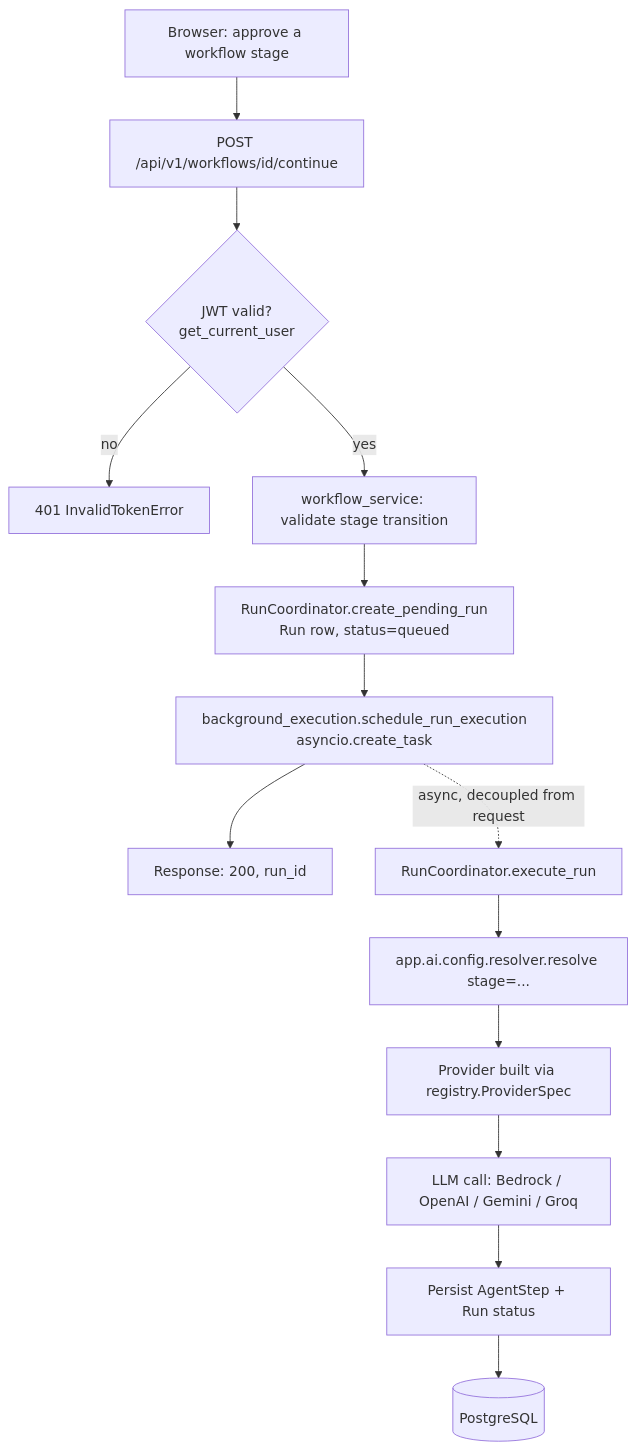
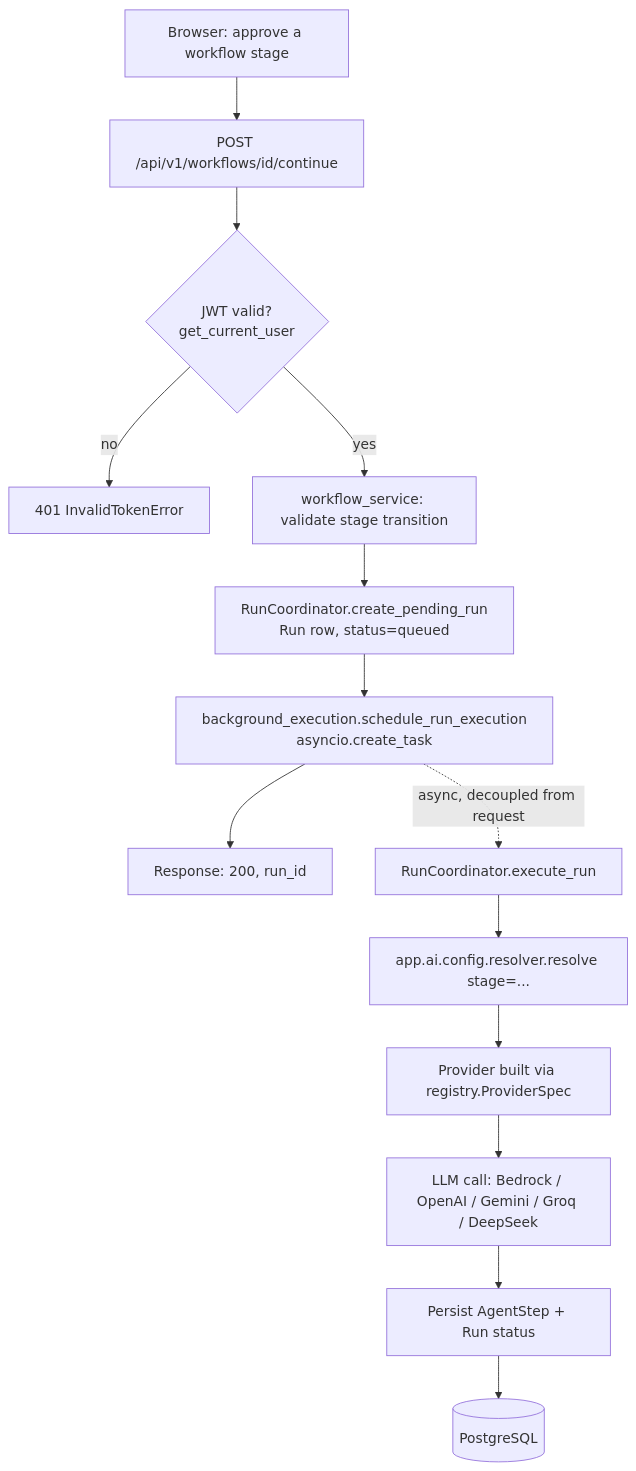
One commit to sasikumars-cyb/GraphForge changed the third of 3 diagrams in docs/deployment/01_ARCHITECTURE.md. Above: the diagram before and after it, drawn with Mermaid. The commit also changed other lines of this file and 21 other files, not shown here.

````diff
--- a/docs/deployment/01_ARCHITECTURE.md
+++ b/docs/deployment/01_ARCHITECTURE.md
@@ -185,16 +186,16 @@
 ```mermaid
 flowchart TD
     A[Browser: approve a workflow stage] --> B[POST /api/v1/workflows/id/continue]
     B --> C{JWT valid?<br/>get_current_user}
     C -- no --> D[401 InvalidTokenError]
     C -- yes --> E[workflow_service: validate stage transition]
     E --> F[RunCoordinator.create_pending_run<br/>Run row, status=queued]
     F --> G[background_execution.schedule_run_execution<br/>asyncio.create_task]
     G --> H[Response: 200, run_id]
     G -.async, decoupled from request.-> I[RunCoordinator.execute_run]
     I --> J[app.ai.config.resolver.resolve stage=...]
     J --> K[Provider built via registry.ProviderSpec]
-    K --> L[LLM call: Bedrock / OpenAI / Gemini / Groq]
+    K --> L[LLM call: Bedrock / OpenAI / Gemini / Groq / DeepSeek]
     L --> M[Persist AgentStep + Run status]
     M --> N[(PostgreSQL)]
 ```
````
